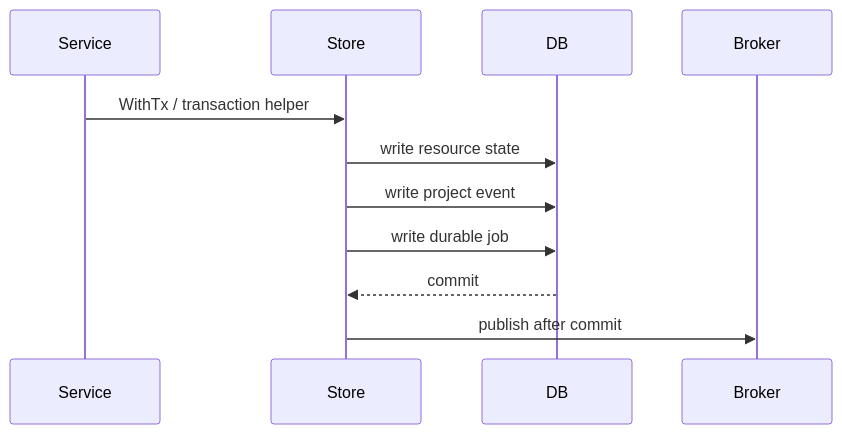
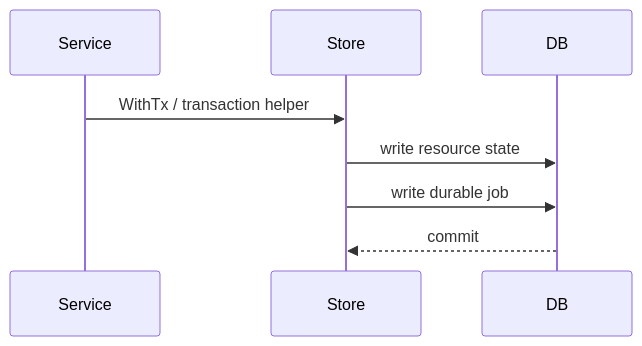
Before and after one commit to discobox-ai/discobox: the second of 2 diagrams in server/internal/store/DESIGN.md, drawn with Mermaid. The commit also changed other lines of this file and 38 other files, not shown here.

````diff
--- a/server/internal/store/DESIGN.md
+++ b/server/internal/store/DESIGN.md
@@ -30,14 +29,11 @@
 ```mermaid
 sequenceDiagram
     participant Service
     participant Store
     participant DB
-    participant Broker
 
     Service->>Store: WithTx / transaction helper
     Store->>DB: write resource state
-    Store->>DB: write project event
     Store->>DB: write durable job
     DB-->>Store: commit
-    Store->>Broker: publish after commit
 ```
````
